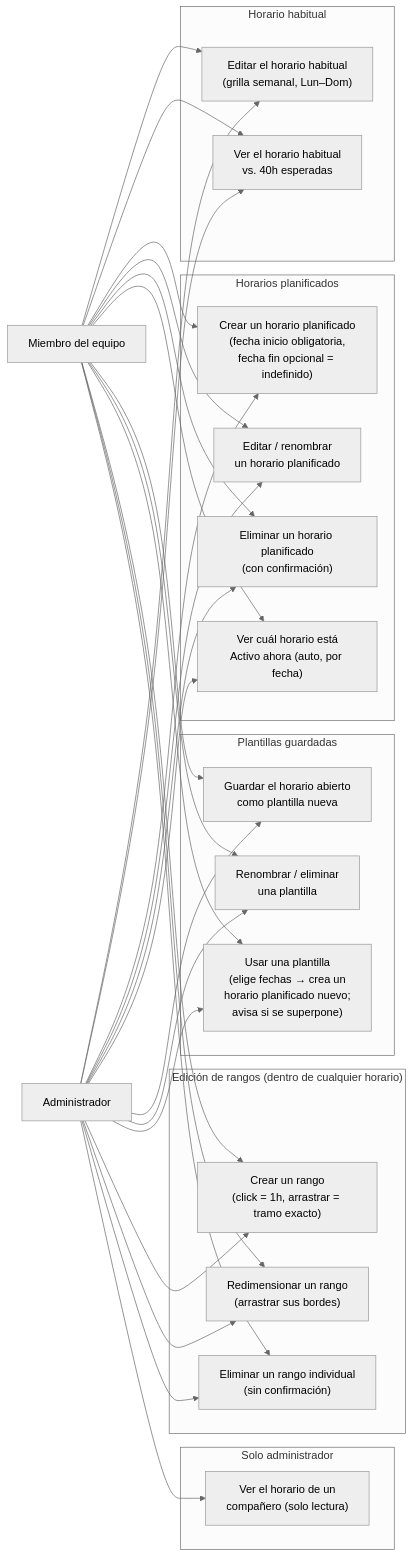
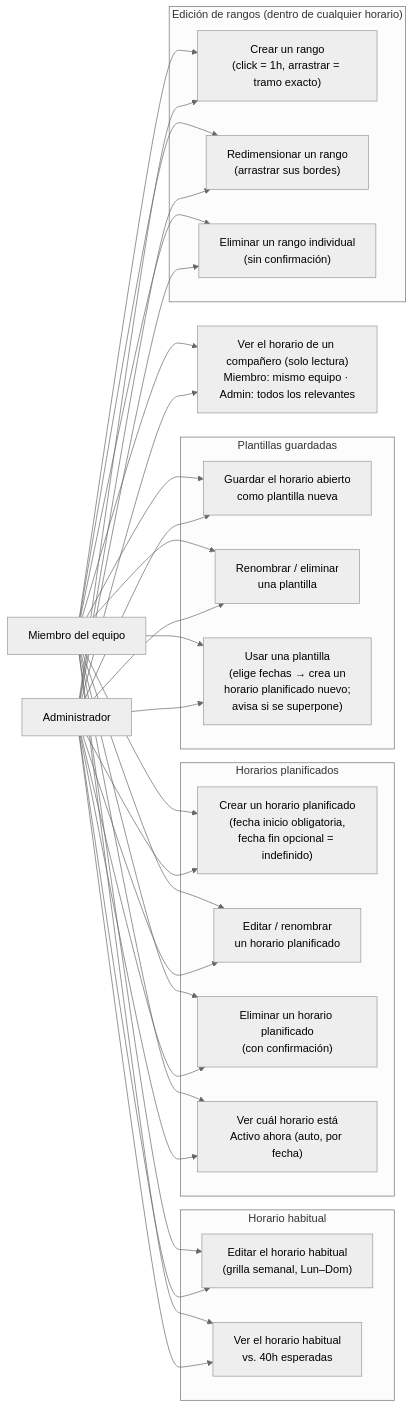
Before and after one commit to EminatMKT/eminat-app: the diagram in docs/superpowers/specs/2026-10-30-task-availability-planned-schedules-design.md, drawn with Mermaid (neutral theme). The commit also changed other lines of this file, not shown here.

Commit message:
docs(tasks): fix admin-only contradiction in availability use-case diagram
UC13 (viewing a teammate's schedule read-only) was placed in a
"Solo administrador" subgraph, connected only from Admin. Section 5 of
the same document says the opposite: a regular team member can also
read same-team schedules read-only per the approved Delivery 1 spec;
admin's real distinction is broader scope (all relevant users), not
exclusive access. Folded UC13 into the shared use cases both actors
connect to, relabeled to show the scope difference instead of an
access difference.

````diff
--- a/docs/superpowers/specs/2026-10-30-task-availability-planned-schedules-design.md
+++ b/docs/superpowers/specs/2026-10-30-task-availability-planned-schedules-design.md
@@ -37,37 +37,34 @@
 ```mermaid
 flowchart LR
     Member["Miembro del equipo"]
     Admin["Administrador"]
 
     subgraph Habitual["Horario habitual"]
         UC1["Editar el horario habitual\n(grilla semanal, Lun–Dom)"]
         UC2["Ver el horario habitual\nvs. 40h esperadas"]
     end
 
     subgraph Plans["Horarios planificados"]
         UC3["Crear un horario planificado\n(fecha inicio obligatoria,\nfecha fin opcional = indefinido)"]
         UC4["Editar / renombrar\nun horario planificado"]
         UC5["Eliminar un horario planificado\n(con confirmación)"]
         UC6["Ver cuál horario está\nActivo ahora (auto, por fecha)"]
     end
 
     subgraph Templates["Plantillas guardadas"]
         UC7["Guardar el horario abierto\ncomo plantilla nueva"]
         UC8["Renombrar / eliminar\nuna plantilla"]
         UC9["Usar una plantilla\n(elige fechas → crea un\nhorario planificado nuevo;\navisa si se superpone)"]
     end
 
     subgraph RangeEditing["Edición de rangos (dentro de cualquier horario)"]
         UC10["Crear un rango\n(click = 1h, arrastrar = tramo exacto)"]
         UC11["Redimensionar un rango\n(arrastrar sus bordes)"]
         UC12["Eliminar un rango individual\n(sin confirmación)"]
     end
 
-    subgraph AdminOnly["Solo administrador"]
-        UC13["Ver el horario de un\ncompañero (solo lectura)"]
-    end
+    UC13["Ver el horario de un compañero (solo lectura)\nMiembro: mismo equipo · Admin: todos los relevantes"]
 
-    Member --> UC1 & UC2 & UC3 & UC4 & UC5 & UC6 & UC7 & UC8 & UC9 & UC10 & UC11 & UC12
-    Admin --> UC1 & UC2 & UC3 & UC4 & UC5 & UC6 & UC7 & UC8 & UC9 & UC10 & UC11 & UC12
-    Admin --> UC13
+    Member --> UC1 & UC2 & UC3 & UC4 & UC5 & UC6 & UC7 & UC8 & UC9 & UC10 & UC11 & UC12 & UC13
+    Admin --> UC1 & UC2 & UC3 & UC4 & UC5 & UC6 & UC7 & UC8 & UC9 & UC10 & UC11 & UC12 & UC13
 ```
````
